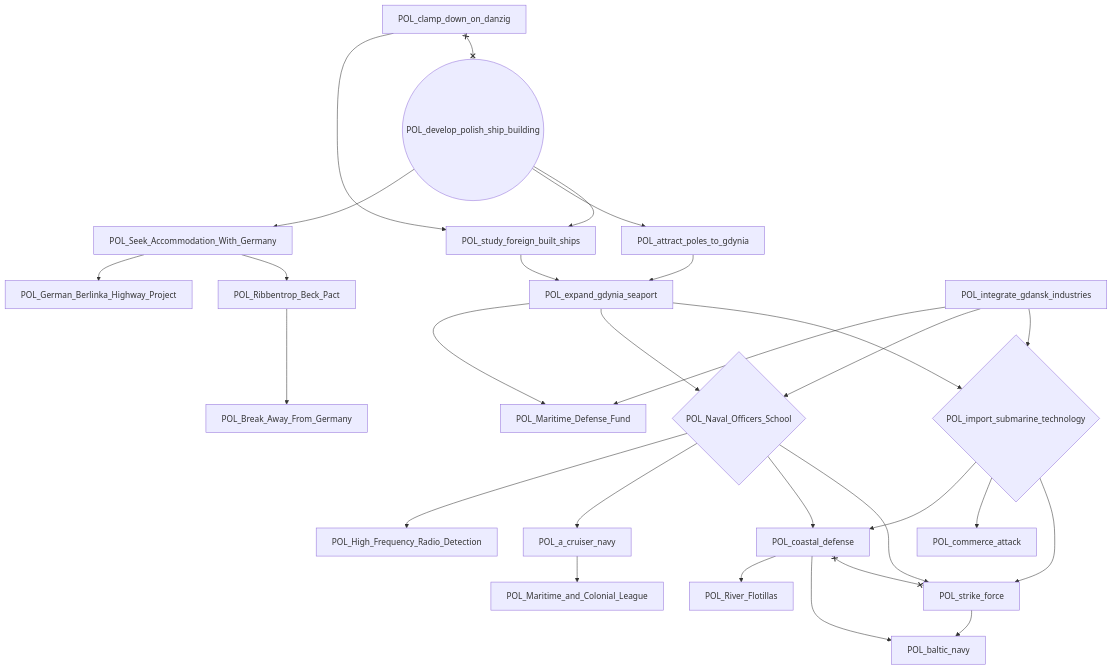
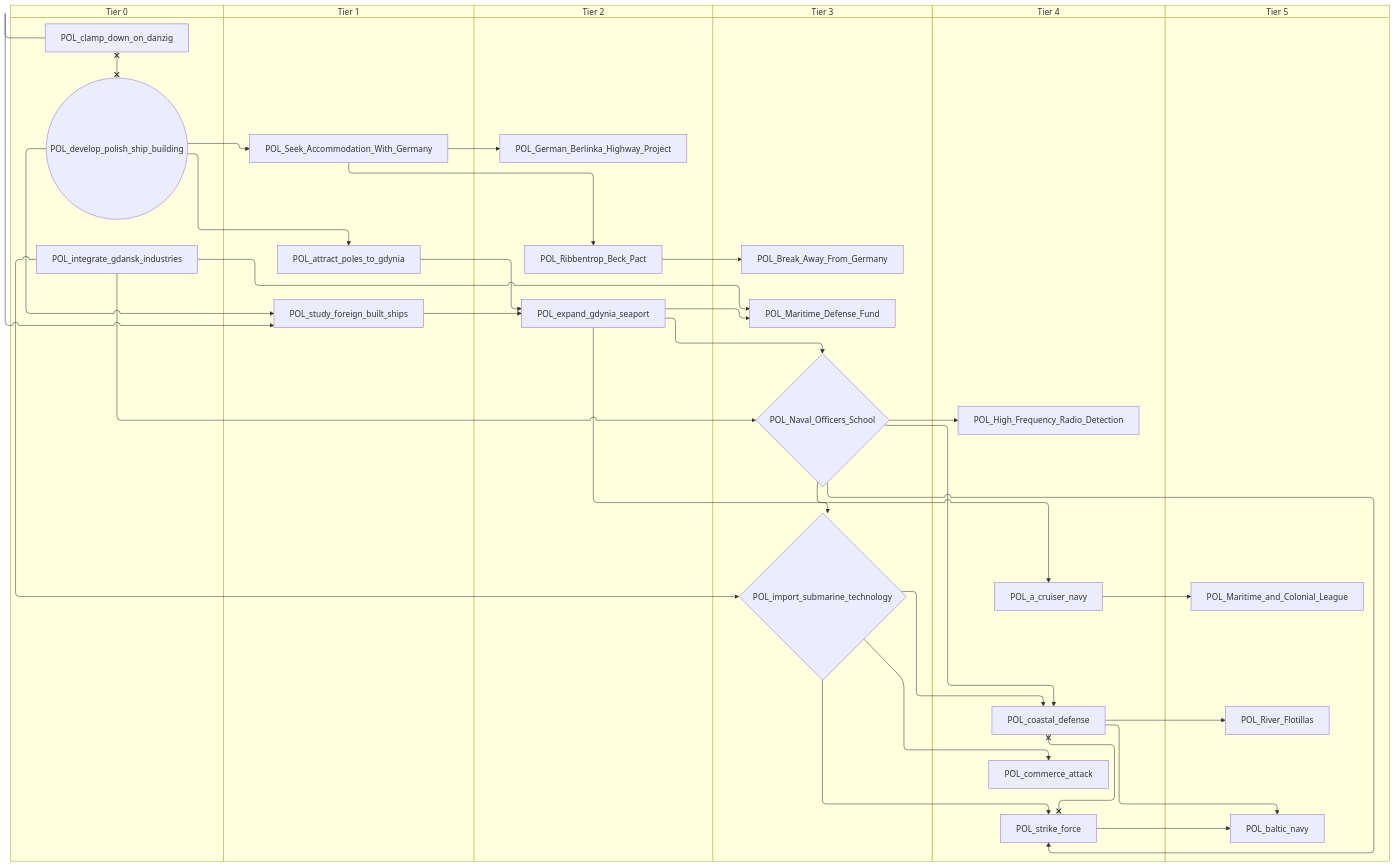
The fourth of 10 diagrams in docs/gdd/National Focuses/poland.md (evgeny-sobol/hoi4-sandbox-mode-r56), drawn with Mermaid before and after one commit. The commit also changed other lines of this file and 423 other files, not shown here.

First line of the commit message:
Re-export Rt56 focus trees as swimlane diagrams

````diff
--- a/docs/gdd/National Focuses/poland.md
+++ b/docs/gdd/National Focuses/poland.md
@@ -427,52 +485,64 @@
 ```mermaid
-flowchart TD
-    n160["POL_Break_Away_From_Germany"]
-    n161["POL_German_Berlinka_Highway_Project"]
-    n69["POL_High_Frequency_Radio_Detection"]
-    n70["POL_Maritime_Defense_Fund"]
-    n71["POL_Maritime_and_Colonial_League"]
-    n72{"POL_Naval_Officers_School"}
-    n162["POL_Ribbentrop_Beck_Pact"]
-    n73["POL_River_Flotillas"]
-    n163["POL_Seek_Accommodation_With_Germany"]
-    n74["POL_a_cruiser_navy"]
-    n75["POL_attract_poles_to_gdynia"]
-    n76["POL_baltic_navy"]
-    n78["POL_clamp_down_on_danzig"]
-    n79["POL_coastal_defense"]
-    n80["POL_commerce_attack"]
-    n82(("POL_develop_polish_ship_building"))
-    n83["POL_expand_gdynia_seaport"]
-    n84{"POL_import_submarine_technology"}
-    n85["POL_integrate_gdansk_industries"]
-    n86["POL_strike_force"]
-    n87["POL_study_foreign_built_ships"]
-    n162 --> n160
-    n163 --> n161
-    n72 --> n69
-    n85 --> n70
-    n83 --> n70
-    n74 --> n71
-    n85 --> n72
-    n83 --> n72
-    n163 --> n162
-    n79 --> n73
-    n82 --> n163
-    n72 --> n74
-    n82 --> n75
-    n86 --> n76
-    n79 --> n76
-    n72 --> n79
-    n84 --> n79
-    n84 --> n80
-    n75 --> n83
-    n87 --> n83
-    n85 --> n84
-    n83 --> n84
-    n72 --> n86
-    n84 --> n86
+swimlane-beta TD
+    subgraph tier_0["Tier 0"]
+        n70["POL_clamp_down_on_danzig"]
+        n71(("POL_develop_polish_ship_building"))
+        n76["POL_integrate_gdansk_industries"]
+    end
+    subgraph tier_1["Tier 1"]
+        n160["POL_Seek_Accommodation_With_Germany"]
+        n69["POL_attract_poles_to_gdynia"]
+        n73["POL_study_foreign_built_ships"]
+    end
+    subgraph tier_2["Tier 2"]
+        n161["POL_German_Berlinka_Highway_Project"]
+        n162["POL_Ribbentrop_Beck_Pact"]
+        n75["POL_expand_gdynia_seaport"]
+    end
+    subgraph tier_3["Tier 3"]
+        n163["POL_Break_Away_From_Germany"]
+        n77["POL_Maritime_Defense_Fund"]
+        n78{"POL_Naval_Officers_School"}
+        n79{"POL_import_submarine_technology"}
+    end
+    subgraph tier_4["Tier 4"]
+        n80["POL_High_Frequency_Radio_Detection"]
+        n81["POL_a_cruiser_navy"]
+        n82["POL_coastal_defense"]
+        n83["POL_commerce_attack"]
+        n84["POL_strike_force"]
+    end
+    subgraph tier_5["Tier 5"]
+        n85["POL_Maritime_and_Colonial_League"]
+        n86["POL_River_Flotillas"]
+        n87["POL_baltic_navy"]
+    end
+    n162 --> n163
+    n160 --> n161
+    n78 --> n80
+    n76 --> n77
+    n75 --> n77
+    n81 --> n85
+    n76 --> n78
+    n75 --> n78
+    n160 --> n162
+    n82 --> n86
+    n71 --> n160
+    n78 --> n81
+    n71 --> n69
+    n84 --> n87
     n82 --> n87
-    n78 --> n87
-    n78 x--x n82
-    n79 x--x n86
+    n78 --> n82
+    n79 --> n82
+    n79 --> n83
+    n69 --> n75
+    n73 --> n75
+    n76 --> n79
+    n75 --> n79
+    n78 --> n84
+    n79 --> n84
+    n71 --> n73
+    n70 --> n73
+    n70 x--x n71
+    n82 x--x n84
 ```
````
